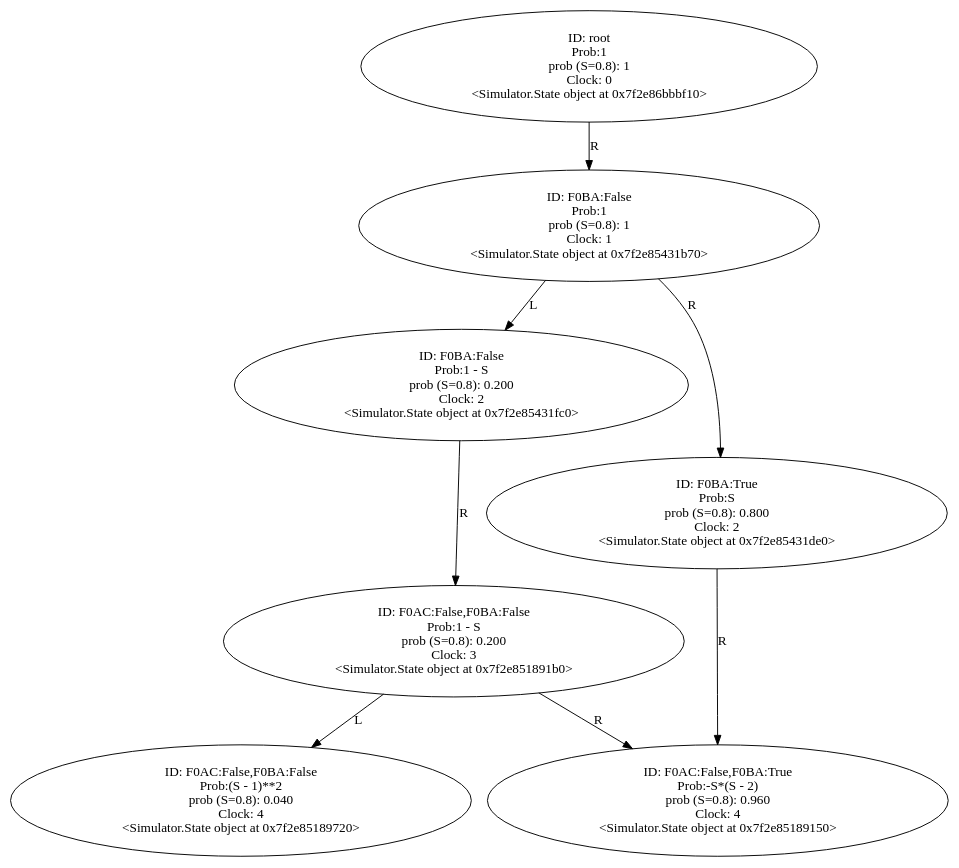
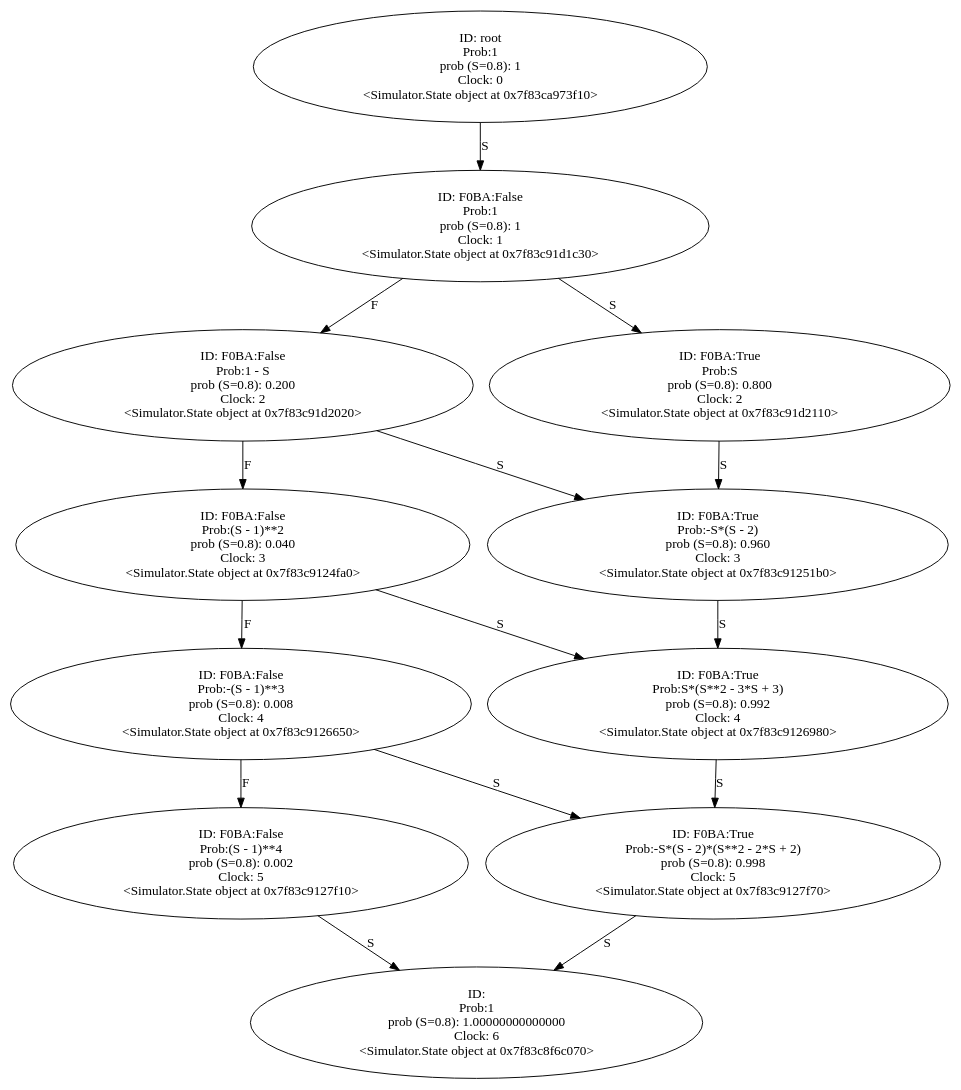
The diagram in Output/Digraph.gv (YasinBoloorchi/WARP-Simulator), drawn with Graphviz before and after one commit. The commit also changed 25 other files, not shown here.

```diff
--- a/Output/Digraph.gv
+++ b/Output/Digraph.gv
@@ -1,44 +1,71 @@
 digraph "./Output/Digraph" {
-	<Simulator.State object at 0x7f2e86bbbf10> [label="ID: root
+	<Simulator.State object at 0x7f83ca973f10> [label="ID: root
 Prob:1
 prob (S=0.8): 1
 Clock: 0
-<Simulator.State object at 0x7f2e86bbbf10>"]
-	<Simulator.State object at 0x7f2e86bbbf10> -> <Simulator.State object at 0x7f2e85431b70> [label=R]
-	<Simulator.State object at 0x7f2e85431b70> [label="ID: F0BA:False
+<Simulator.State object at 0x7f83ca973f10>"]
+	<Simulator.State object at 0x7f83ca973f10> -> <Simulator.State object at 0x7f83c91d1c30> [label=S]
+	<Simulator.State object at 0x7f83c91d1c30> [label="ID: F0BA:False
 Prob:1
 prob (S=0.8): 1
 Clock: 1
-<Simulator.State object at 0x7f2e85431b70>"]
-	<Simulator.State object at 0x7f2e85431b70> -> <Simulator.State object at 0x7f2e85431fc0> [label=L]
-	<Simulator.State object at 0x7f2e85431b70> -> <Simulator.State object at 0x7f2e85431de0> [label=R]
-	<Simulator.State object at 0x7f2e85431fc0> [label="ID: F0BA:False
+<Simulator.State object at 0x7f83c91d1c30>"]
+	<Simulator.State object at 0x7f83c91d1c30> -> <Simulator.State object at 0x7f83c91d2020> [label=F]
+	<Simulator.State object at 0x7f83c91d1c30> -> <Simulator.State object at 0x7f83c91d2110> [label=S]
+	<Simulator.State object at 0x7f83c91d2020> [label="ID: F0BA:False
 Prob:1 - S
 prob (S=0.8): 0.200
 Clock: 2
-<Simulator.State object at 0x7f2e85431fc0>"]
-	<Simulator.State object at 0x7f2e85431fc0> -> <Simulator.State object at 0x7f2e851891b0> [label=R]
-	<Simulator.State object at 0x7f2e85431de0> [label="ID: F0BA:True
+<Simulator.State object at 0x7f83c91d2020>"]
+	<Simulator.State object at 0x7f83c91d2020> -> <Simulator.State object at 0x7f83c9124fa0> [label=F]
+	<Simulator.State object at 0x7f83c91d2020> -> <Simulator.State object at 0x7f83c91251b0> [label=S]
+	<Simulator.State object at 0x7f83c91d2110> [label="ID: F0BA:True
 Prob:S
 prob (S=0.8): 0.800
 Clock: 2
-<Simulator.State object at 0x7f2e85431de0>"]
-	<Simulator.State object at 0x7f2e85431de0> -> <Simulator.State object at 0x7f2e85189150> [label=R]
-	<Simulator.State object at 0x7f2e851891b0> [label="ID: F0AC:False,F0BA:False
-Prob:1 - S
-prob (S=0.8): 0.200
+<Simulator.State object at 0x7f83c91d2110>"]
+	<Simulator.State object at 0x7f83c91d2110> -> <Simulator.State object at 0x7f83c91251b0> [label=S]
+	<Simulator.State object at 0x7f83c9124fa0> [label="ID: F0BA:False
+Prob:(S - 1)**2
+prob (S=0.8): 0.040
 Clock: 3
-<Simulator.State object at 0x7f2e851891b0>"]
-	<Simulator.State object at 0x7f2e851891b0> -> <Simulator.State object at 0x7f2e85189720> [label=L]
-	<Simulator.State object at 0x7f2e851891b0> -> <Simulator.State object at 0x7f2e85189150> [label=R]
-	<Simulator.State object at 0x7f2e85189150> [label="ID: F0AC:False,F0BA:True
+<Simulator.State object at 0x7f83c9124fa0>"]
+	<Simulator.State object at 0x7f83c9124fa0> -> <Simulator.State object at 0x7f83c9126650> [label=F]
+	<Simulator.State object at 0x7f83c9124fa0> -> <Simulator.State object at 0x7f83c9126980> [label=S]
+	<Simulator.State object at 0x7f83c91251b0> [label="ID: F0BA:True
 Prob:-S*(S - 2)
 prob (S=0.8): 0.960
+Clock: 3
+<Simulator.State object at 0x7f83c91251b0>"]
+	<Simulator.State object at 0x7f83c91251b0> -> <Simulator.State object at 0x7f83c9126980> [label=S]
+	<Simulator.State object at 0x7f83c9126650> [label="ID: F0BA:False
+Prob:-(S - 1)**3
+prob (S=0.8): 0.008
 Clock: 4
-<Simulator.State object at 0x7f2e85189150>"]
-	<Simulator.State object at 0x7f2e85189720> [label="ID: F0AC:False,F0BA:False
-Prob:(S - 1)**2
-prob (S=0.8): 0.040
+<Simulator.State object at 0x7f83c9126650>"]
+	<Simulator.State object at 0x7f83c9126650> -> <Simulator.State object at 0x7f83c9127f10> [label=F]
+	<Simulator.State object at 0x7f83c9126650> -> <Simulator.State object at 0x7f83c9127f70> [label=S]
+	<Simulator.State object at 0x7f83c9126980> [label="ID: F0BA:True
+Prob:S*(S**2 - 3*S + 3)
+prob (S=0.8): 0.992
 Clock: 4
-<Simulator.State object at 0x7f2e85189720>"]
+<Simulator.State object at 0x7f83c9126980>"]
+	<Simulator.State object at 0x7f83c9126980> -> <Simulator.State object at 0x7f83c9127f70> [label=S]
+	<Simulator.State object at 0x7f83c9127f10> [label="ID: F0BA:False
+Prob:(S - 1)**4
+prob (S=0.8): 0.002
+Clock: 5
+<Simulator.State object at 0x7f83c9127f10>"]
+	<Simulator.State object at 0x7f83c9127f10> -> <Simulator.State object at 0x7f83c8f6c070> [label=S]
+	<Simulator.State object at 0x7f83c9127f70> [label="ID: F0BA:True
+Prob:-S*(S - 2)*(S**2 - 2*S + 2)
+prob (S=0.8): 0.998
+Clock: 5
+<Simulator.State object at 0x7f83c9127f70>"]
+	<Simulator.State object at 0x7f83c9127f70> -> <Simulator.State object at 0x7f83c8f6c070> [label=S]
+	<Simulator.State object at 0x7f83c8f6c070> [label="ID: 
+Prob:1
+prob (S=0.8): 1.00000000000000
+Clock: 6
+<Simulator.State object at 0x7f83c8f6c070>"]
 }
```
